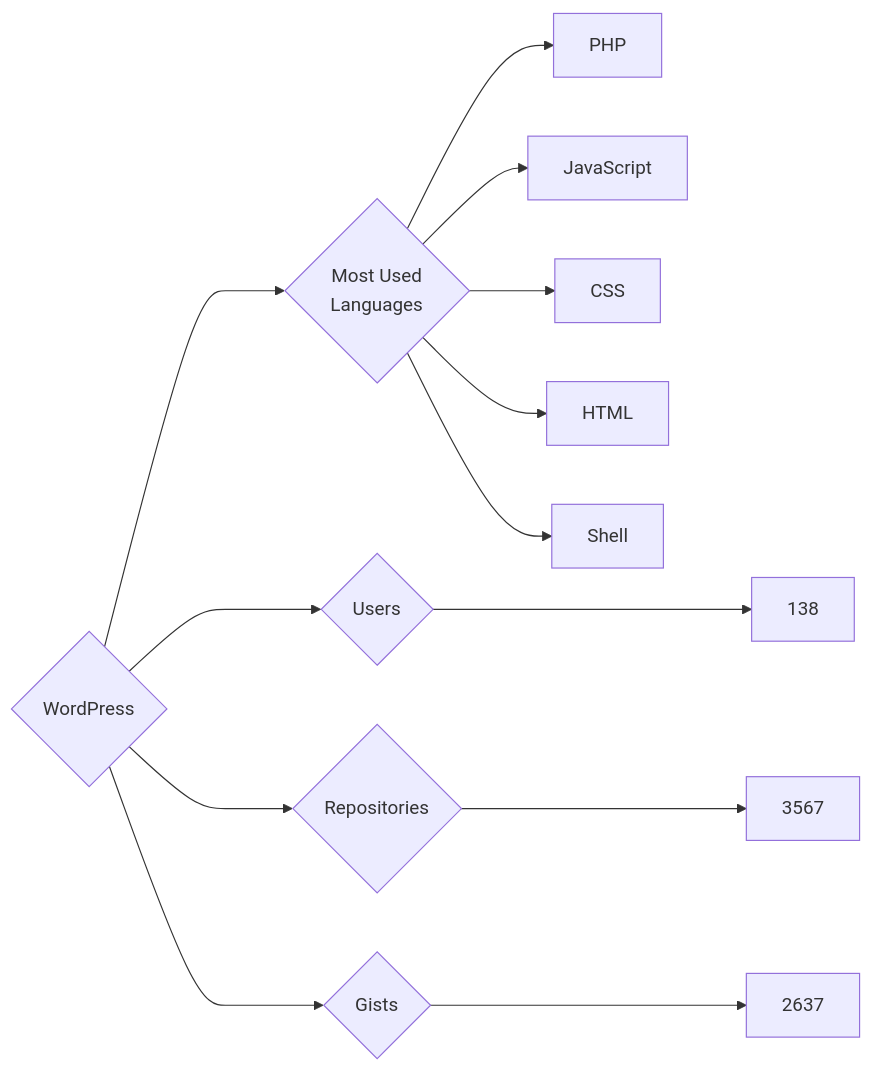
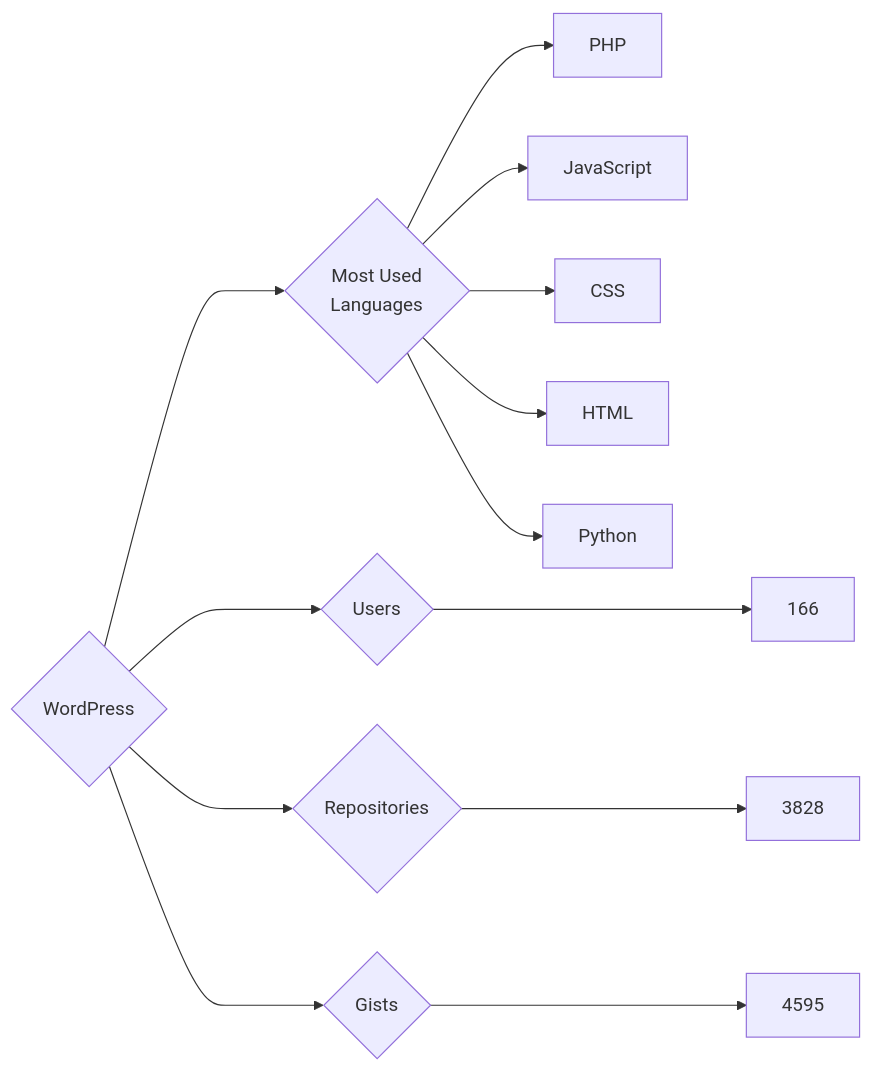
One commit to trickest/insiders changed the diagram in targets/WordPress/README.md. Above: the diagram before and after it, drawn with Mermaid. The commit also changed 773 other files, not shown here.

````diff
--- a/targets/WordPress/README.md
+++ b/targets/WordPress/README.md
@@ -3,13 +3,13 @@
 ```mermaid
 graph LR
 COMPANY_NAME{WordPress}
-COMPANY_NAME ---> U{Users} ---> UN[138]
-COMPANY_NAME ---> R{Repositories} ---> RN[3567]
-COMPANY_NAME ---> G{Gists} ---> GN[2637]
+COMPANY_NAME ---> U{Users} ---> UN[166]
+COMPANY_NAME ---> R{Repositories} ---> RN[3828]
+COMPANY_NAME ---> G{Gists} ---> GN[4595]
 COMPANY_NAME ---> ML{Most Used<br>Languages}
 ML --> PHP[PHP]
 ML --> JavaScript[JavaScript]
 ML --> CSS[CSS]
 ML --> HTML[HTML]
-ML --> Shell[Shell]
+ML --> Python[Python]
 ```
````
